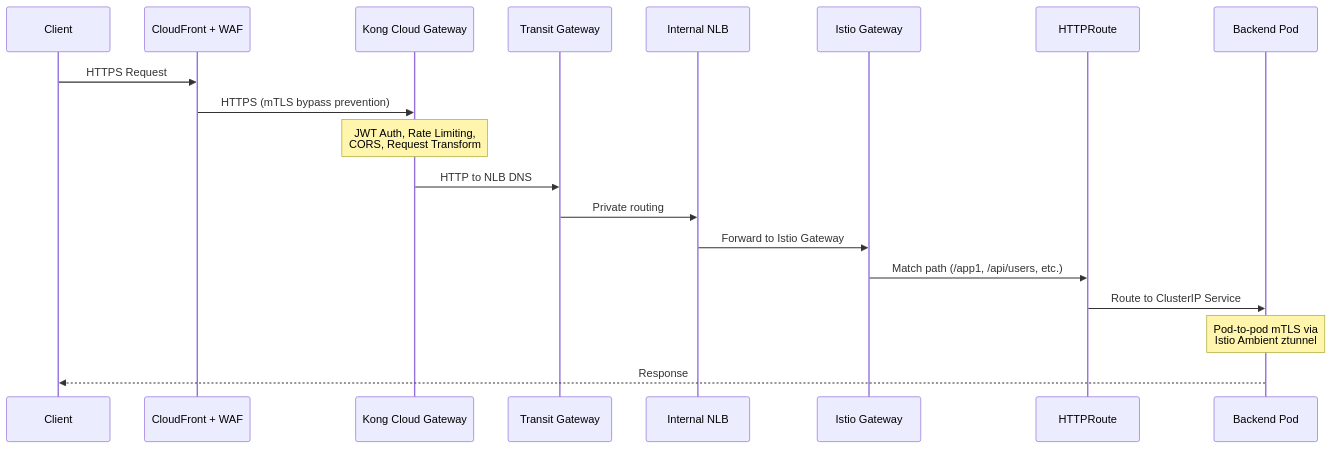
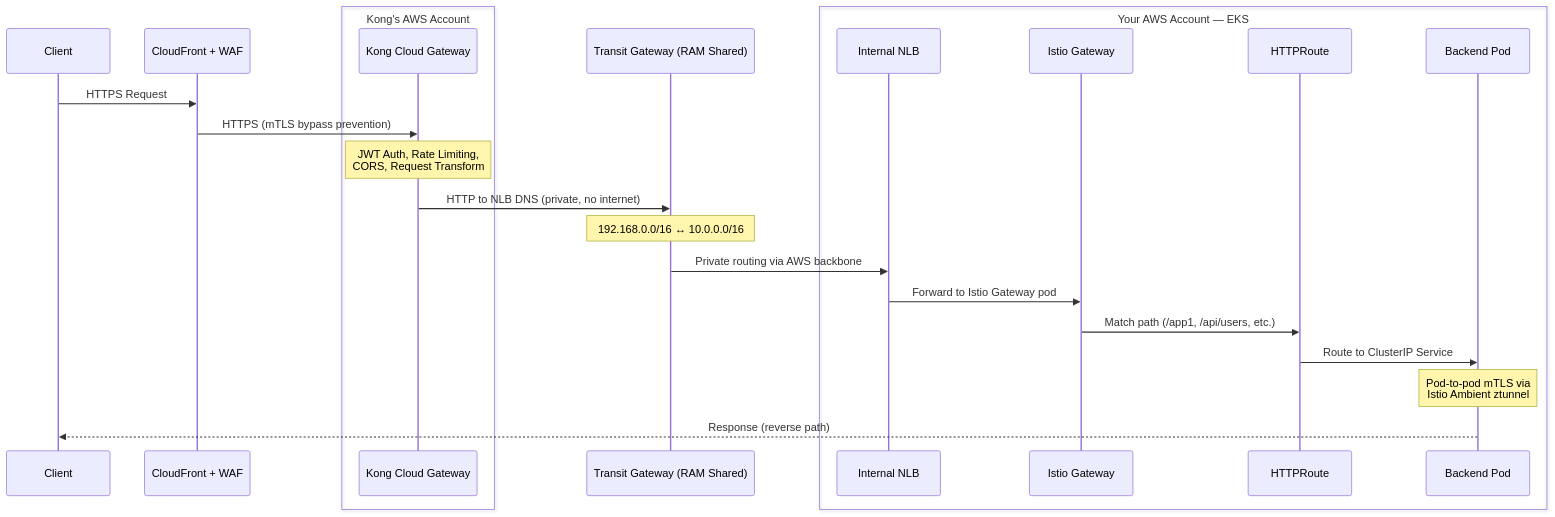
One commit to shanaka-versent/Kong-Konnect-Cloud-Gateway-on-EKS changed the second of 4 diagrams in README.md. Above: the diagram before and after it, drawn with Mermaid. The commit also changed other lines of this file and 1 other file, not shown here.

First line of the commit message:
Update mermaid diagrams for two-account architecture and improve destroy script

````diff
--- a/README.md
+++ b/README.md
@@ -63,22 +83,27 @@
 ```mermaid
 sequenceDiagram
     participant C as Client
     participant CF as CloudFront + WAF
-    participant K as Kong Cloud Gateway
-    participant TGW as Transit Gateway
-    participant NLB as Internal NLB
-    participant IG as Istio Gateway
-    participant HR as HTTPRoute
-    participant P as Backend Pod
+    box Kong's AWS Account
+        participant K as Kong Cloud Gateway
+    end
+    participant TGW as Transit Gateway (RAM Shared)
+    box Your AWS Account — EKS
+        participant NLB as Internal NLB
+        participant IG as Istio Gateway
+        participant HR as HTTPRoute
+        participant P as Backend Pod
+    end
 
     C->>CF: HTTPS Request
     CF->>K: HTTPS (mTLS bypass prevention)
     Note over K: JWT Auth, Rate Limiting,<br/>CORS, Request Transform
-    K->>TGW: HTTP to NLB DNS
-    TGW->>NLB: Private routing
-    NLB->>IG: Forward to Istio Gateway
+    K->>TGW: HTTP to NLB DNS (private, no internet)
+    Note over TGW: 192.168.0.0/16 ↔ 10.0.0.0/16
+    TGW->>NLB: Private routing via AWS backbone
+    NLB->>IG: Forward to Istio Gateway pod
     IG->>HR: Match path (/app1, /api/users, etc.)
     HR->>P: Route to ClusterIP Service
     Note over P: Pod-to-pod mTLS via<br/>Istio Ambient ztunnel
-    P-->>C: Response
+    P-->>C: Response (reverse path)
 ```
````
